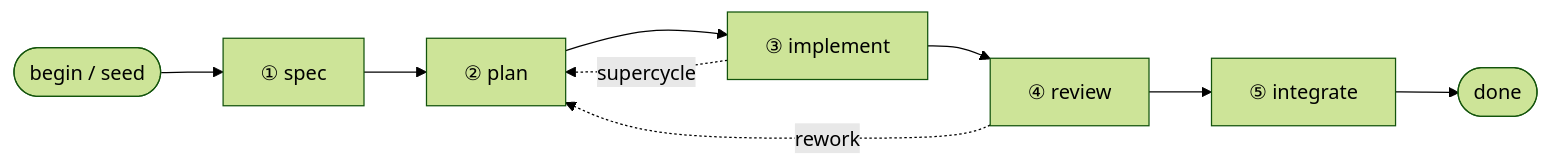
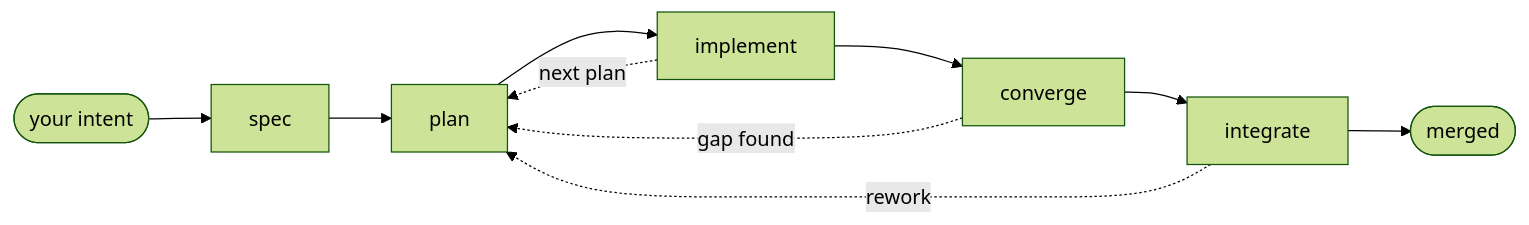
Before and after one commit to jpoimboe/imp: the diagram in README.md, drawn with Mermaid (forest theme). The commit also changed other lines of this file and 1 other file, not shown here.

````diff
--- a/README.md
+++ b/README.md
@@ -57,11 +162,12 @@
 ```mermaid
 flowchart LR
-  start([begin / seed]) --> SPEC["① spec"]
-  SPEC --> PLAN["② plan"]
-  PLAN --> IMPL["③ implement"]
-  IMPL --> REVIEW["④ review"]
-  REVIEW --> INTG["⑤ integrate"]
-  INTG --> done([done])
-  IMPL -. "supercycle" .-> PLAN
-  REVIEW -. "rework" .-> PLAN
+  intent([your intent]) --> SPEC["spec"]
+  SPEC --> PLAN["plan"]
+  PLAN --> IMPL["implement"]
+  IMPL --> CONV["converge"]
+  CONV --> INTG["integrate"]
+  INTG --> merged([merged])
+  IMPL -. "next plan" .-> PLAN
+  CONV -. "gap found" .-> PLAN
+  INTG -. "rework" .-> PLAN
 ```
````
